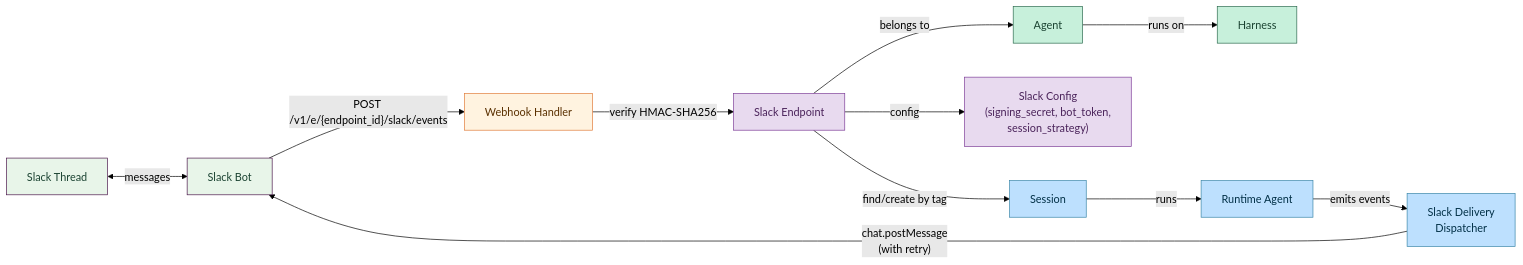
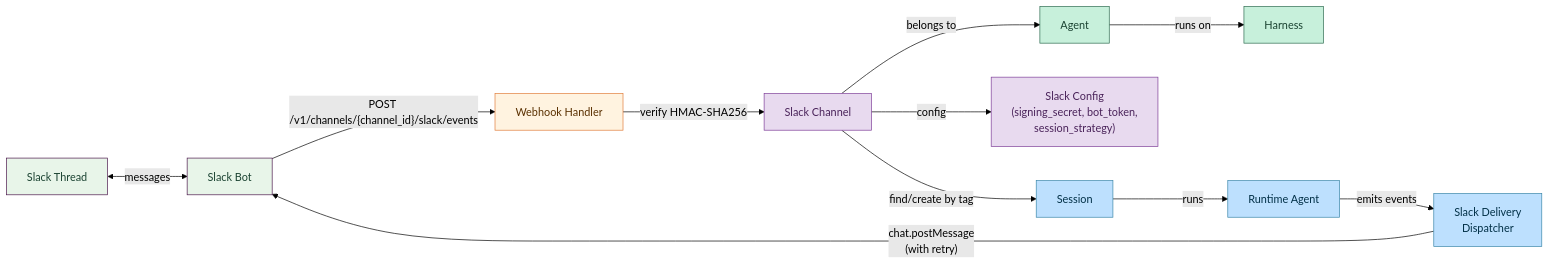
The diagram in docs/images/integrations/slack-architecture.mmd (everruns/everruns), drawn with Mermaid (forest theme) before and after one commit. The commit also changed 334 other files, not shown here.

Commit message:
refactor(channels): rename agent endpoints to channels

```diff
--- a/docs/images/integrations/slack-architecture.mmd
+++ b/docs/images/integrations/slack-architecture.mmd
@@ -1,23 +1,23 @@
 graph LR
     Thread["Slack Thread"] <-->|messages| Bot["Slack Bot"]
-    Bot -->|"POST /v1/e/{endpoint_id}/slack/events"| Webhook["Webhook Handler"]
-    Webhook -->|"verify HMAC-SHA256"| Endpoint["Slack Endpoint"]
-    Endpoint -->|belongs to| Agent
+    Bot -->|"POST /v1/channels/{channel_id}/slack/events"| Webhook["Webhook Handler"]
+    Webhook -->|"verify HMAC-SHA256"| Channel["Slack Channel"]
+    Channel -->|belongs to| Agent
     Agent -->|runs on| Harness
-    Endpoint -->|config| SlackConfig["Slack Config<br/>(signing_secret, bot_token,<br/>session_strategy)"]
-    Endpoint -->|"find/create by tag"| Session
+    Channel -->|config| SlackConfig["Slack Config<br/>(signing_secret, bot_token,<br/>session_strategy)"]
+    Channel -->|"find/create by tag"| Session
     Session -->|runs| RuntimeAgent["Runtime Agent"]
     RuntimeAgent -->|emits events| Dispatcher["Slack Delivery<br/>Dispatcher"]
     Dispatcher -->|"chat.postMessage<br/>(with retry)"| Bot
 
     classDef slack fill:#e8f5e9,stroke:#4a154b,color:#1b4332
     classDef security fill:#fff3e0,stroke:#e07b39,color:#5a3000
     classDef app fill:#e8daef,stroke:#7d3c98,color:#4a235a
     classDef config fill:#c7f0db,stroke:#2d6a4f,color:#1b4332
     classDef runtime fill:#bde0fe,stroke:#3a86a8,color:#023047
 
     class Thread,Bot slack
     class Webhook security
-    class Endpoint,SlackConfig app
+    class Channel,SlackConfig app
     class Harness,Agent config
     class Session,RuntimeAgent,Dispatcher runtime
```
